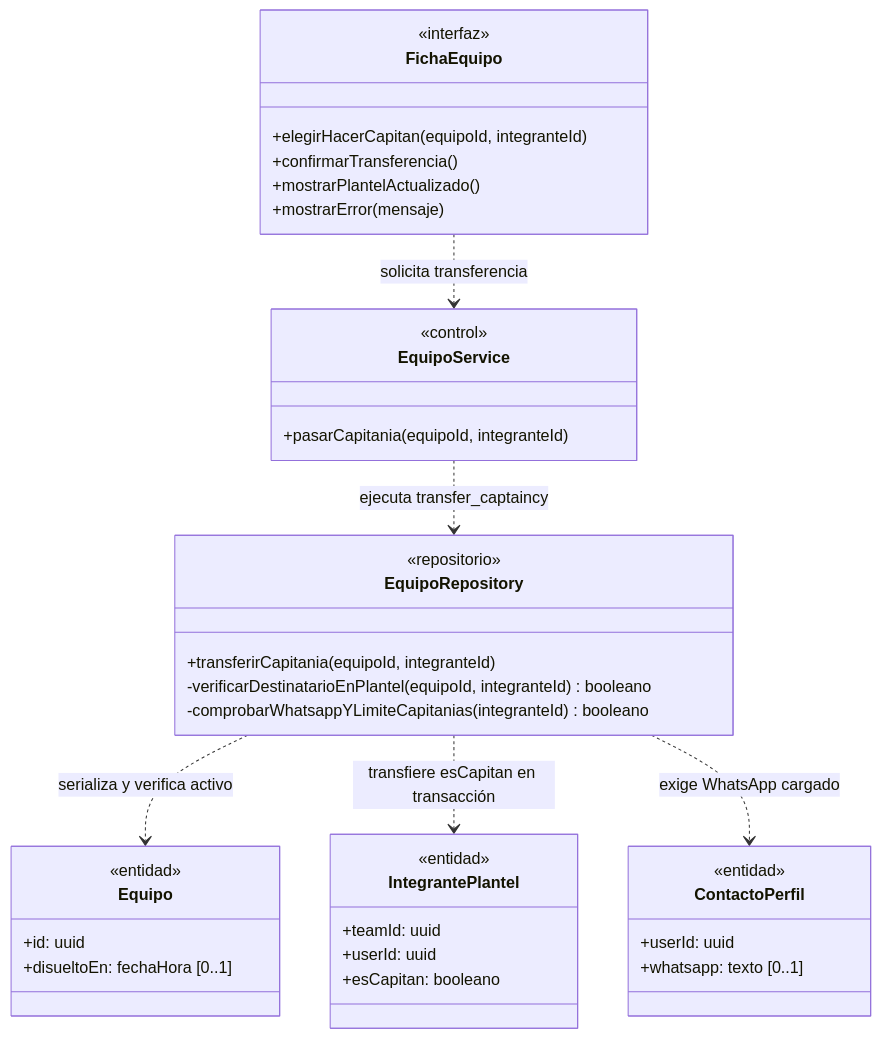
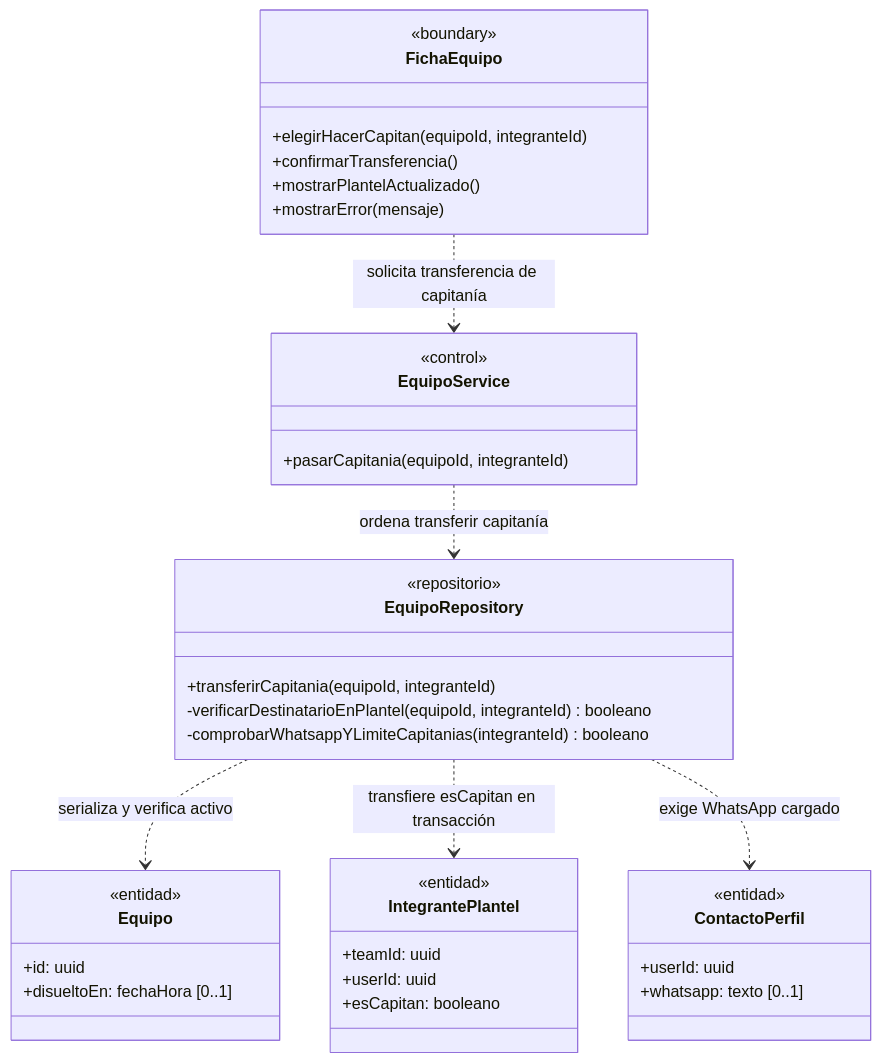
The seventh of 11 diagrams in docs/diagramas-de-clase/equipos.md (nicqletal/torneos-scraper), drawn with Mermaid before and after one commit. The commit also changed other lines of this file and 12 other files, not shown here.

Commit message:
Correcion Diagramas de Clase

````diff
--- a/docs/diagramas-de-clase/equipos.md
+++ b/docs/diagramas-de-clase/equipos.md
@@ -574,42 +469,42 @@
 ```mermaid
 classDiagram
 direction TB
 class FichaEquipo {
-  <<interfaz>>
+  <<boundary>>
   +elegirHacerCapitan(equipoId, integranteId)
   +confirmarTransferencia()
   +mostrarPlantelActualizado()
   +mostrarError(mensaje)
 }
 class EquipoService {
   <<control>>
   +pasarCapitania(equipoId, integranteId)
 }
 class EquipoRepository {
   <<repositorio>>
   +transferirCapitania(equipoId, integranteId)
   -verificarDestinatarioEnPlantel(equipoId, integranteId) booleano
   -comprobarWhatsappYLimiteCapitanias(integranteId) booleano
 }
 class Equipo {
   <<entidad>>
   +id: uuid
   +disueltoEn: fechaHora [0..1]
 }
 class IntegrantePlantel {
   <<entidad>>
   +teamId: uuid
   +userId: uuid
   +esCapitan: booleano
 }
 class ContactoPerfil {
   <<entidad>>
   +userId: uuid
   +whatsapp: texto [0..1]
 }
-FichaEquipo ..> EquipoService : solicita transferencia
-EquipoService ..> EquipoRepository : ejecuta transfer_captaincy
+FichaEquipo ..> EquipoService : solicita transferencia de capitanía
+EquipoService ..> EquipoRepository : ordena transferir capitanía
 EquipoRepository ..> Equipo : serializa y verifica activo
 EquipoRepository ..> IntegrantePlantel : transfiere esCapitan en transacción
 EquipoRepository ..> ContactoPerfil : exige WhatsApp cargado
 ```
````
